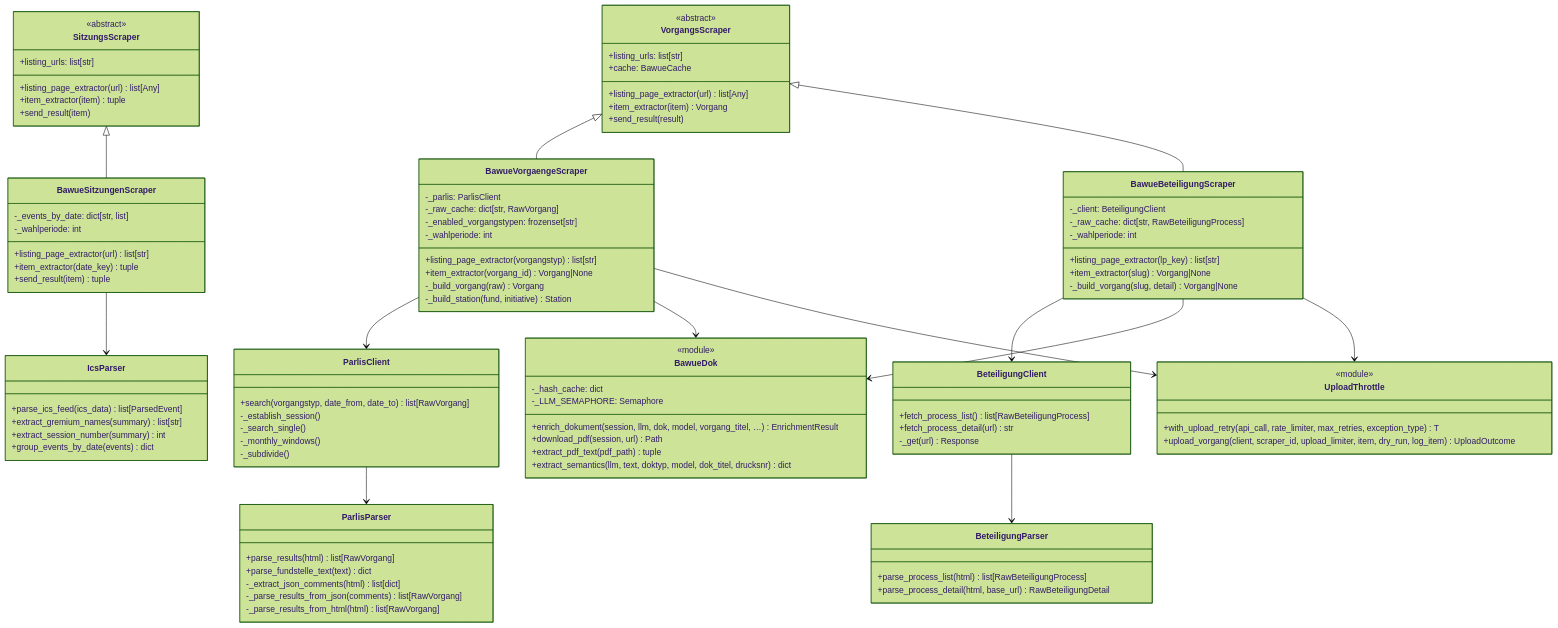
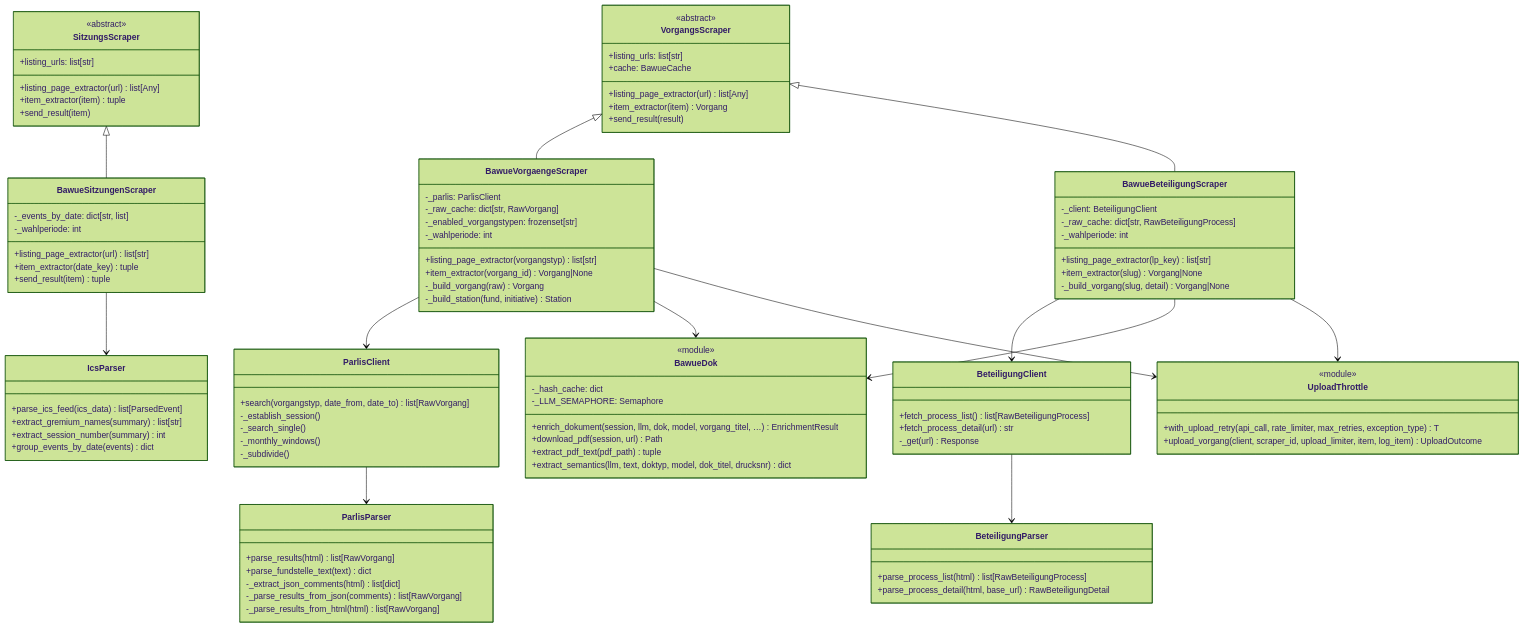
The third of 4 diagrams in docs/architecture.md (Parlamentszusammenfasser/pazufa-scraper-bw), drawn with Mermaid (forest theme) before and after one commit. The commit also changed other lines of this file and 18 other files, not shown here.

First line of the commit message:
chore: remove the dry-run script and the --dry-run flag

```diff
--- a/docs/architecture.md
+++ b/docs/architecture.md
@@ -235,7 +235,7 @@
     class UploadThrottle {
         <<module>>
         +with_upload_retry(api_call, rate_limiter, max_retries, exception_type) T
-        +upload_vorgang(client, scraper_id, upload_limiter, item, dry_run, log_item) UploadOutcome
+        +upload_vorgang(client, scraper_id, upload_limiter, item, log_item) UploadOutcome
     }
 
     BawueVorgaengeScraper --> ParlisClient
```
